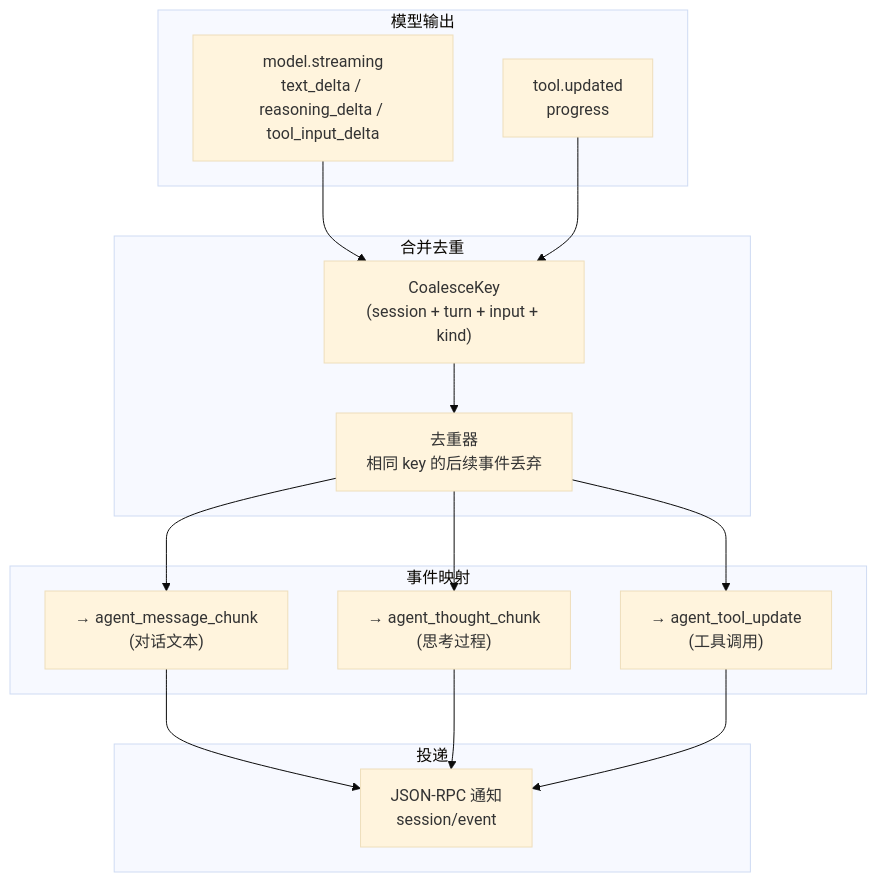
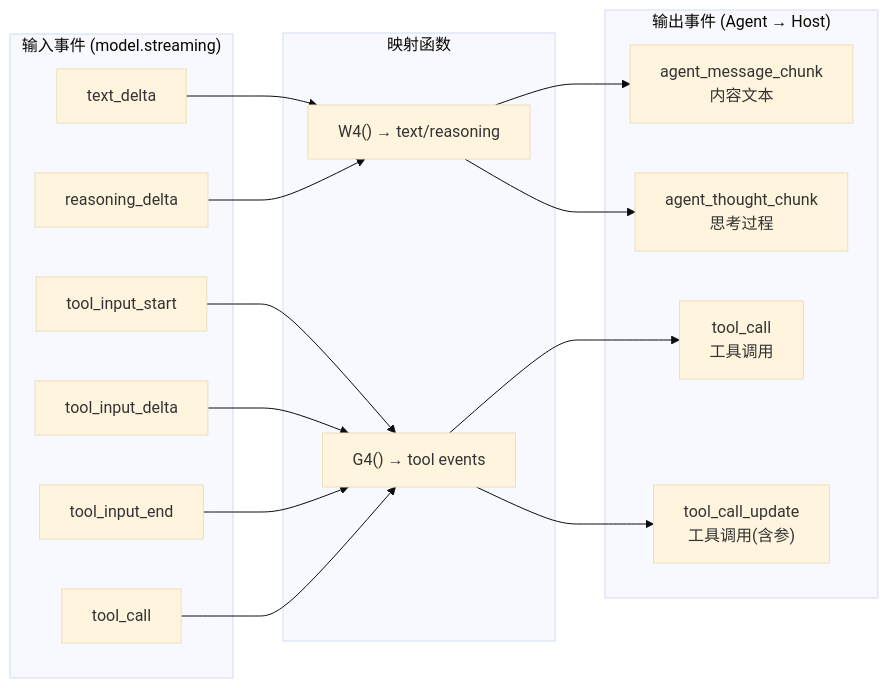
One commit to vibe-coding-labs/zcode-reverse-engineer changed the first of 3 diagrams in docs/protocol/websocket-pipeline.md. Above: the diagram before and after it, drawn with Mermaid (base theme). The commit also changed other lines of this file and 2 other files, not shown here.

````diff
--- a/docs/protocol/websocket-pipeline.md
+++ b/docs/protocol/websocket-pipeline.md
@@ -9,32 +9,34 @@
 ```mermaid
-flowchart TB
-    subgraph Model["模型输出"]
-        MS["model.streaming<br/>text_delta / reasoning_delta / tool_input_delta"]
-        TU["tool.updated<br/>progress"]
+flowchart LR
+    subgraph Input["输入事件 (model.streaming)"]
+        TD["text_delta"]
+        RD["reasoning_delta"]
+        TIS["tool_input_start"]
+        TID["tool_input_delta"]
+        TIE["tool_input_end"]
+        TC["tool_call"]
     end
 
-    subgraph Coalesce["合并去重"]
-        CK["CoalesceKey<br/>(session + turn + input + kind)"]
-        DEDUP["去重器<br/>相同 key 的后续事件丢弃"]
+    subgraph Map["映射函数"]
+        W4["W4() → text/reasoning"]
+        G4["G4() → tool events"]
     end
 
-    subgraph Map["事件映射"]
-        TO_TEXT["→ agent_message_chunk<br/>(对话文本)"]
-        TO_THINK["→ agent_thought_chunk<br/>(思考过程)"]
-        TO_TOOL["→ agent_tool_update<br/>(工具调用)"]
+    subgraph Output["输出事件 (Agent → Host)"]
+        AMC["agent_message_chunk<br/>内容文本"]
+        ATC["agent_thought_chunk<br/>思考过程"]
+        TCALL["tool_call<br/>工具调用"]
+        TCU["tool_call_update<br/>工具调用(含参)"]
     end
 
-    subgraph Deliver["投递"]
-        RPC["JSON-RPC 通知<br/>session/event"]
-    end
-
-    MS --> CK
-    TU --> CK
-    CK --> DEDUP
-    DEDUP --> TO_TEXT
-    DEDUP --> TO_THINK
-    DEDUP --> TO_TOOL
-    TO_TEXT --> RPC
-    TO_THINK --> RPC
-    TO_TOOL --> RPC
+    TD --> W4
+    RD --> W4
+    W4 --> AMC
+    W4 --> ATC
+    TIS --> G4
+    TID --> G4
+    TIE --> G4
+    TC --> G4
+    G4 --> TCALL
+    G4 --> TCU
 ```
````
